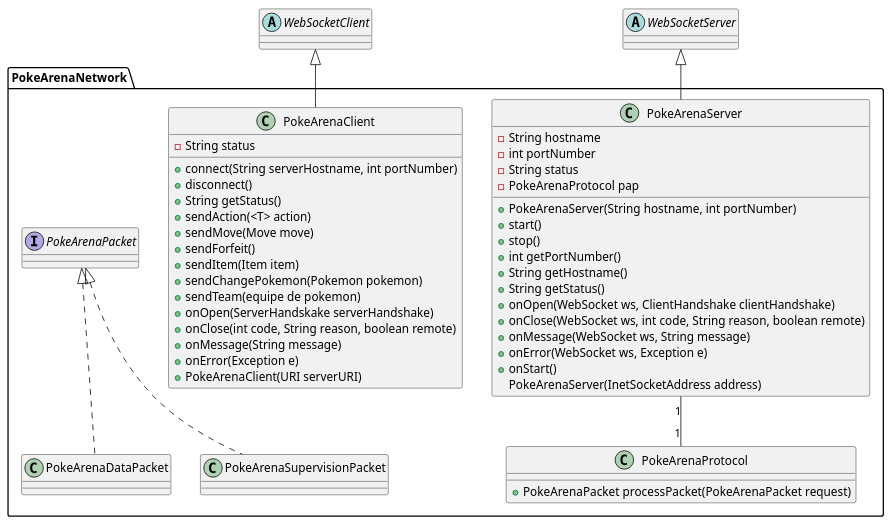
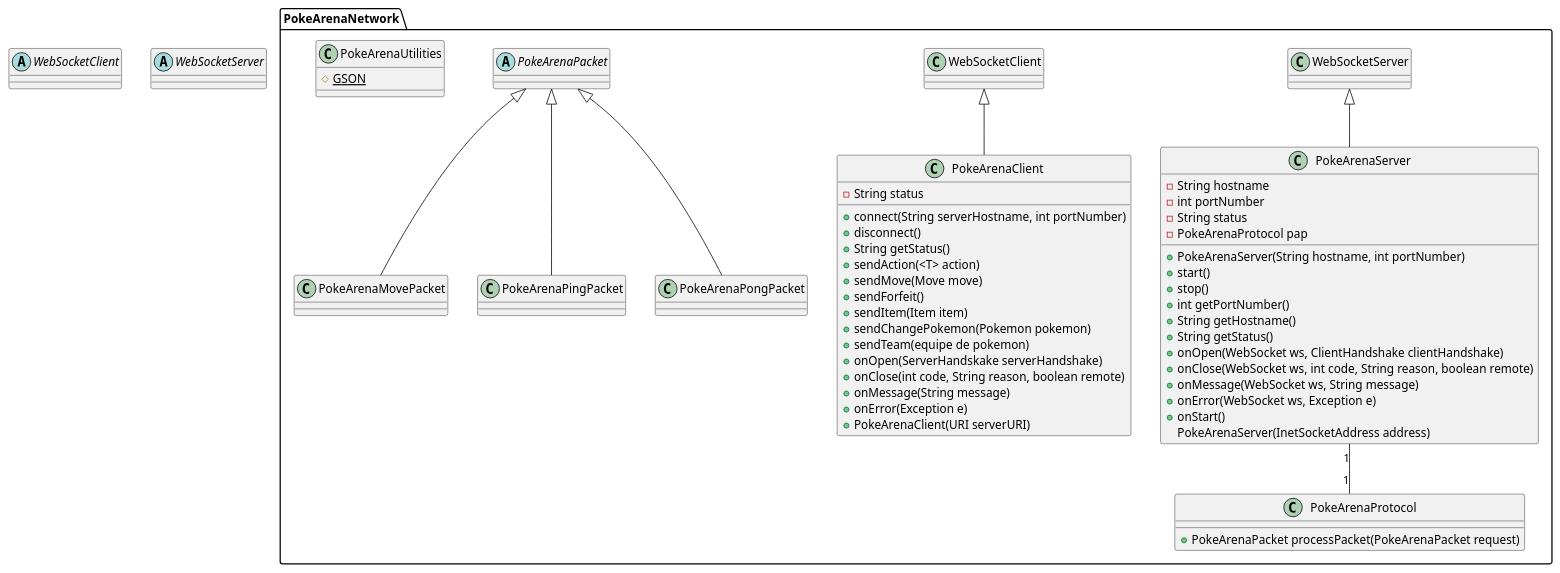
Before and after one commit to greenananas/PokeArena: the diagram in PokeArenaNetwork/PokeArenaNetwork-Class-Diagram.puml, drawn with PlantUML. The commit also changed 8 other files, not shown here.

Commit message:
Architecture et javadoc de PokeArenaNetwork

```diff
--- a/PokeArenaNetwork/PokeArenaNetwork-Class-Diagram.puml
+++ b/PokeArenaNetwork/PokeArenaNetwork-Class-Diagram.puml
@@ -1,68 +1,63 @@
 @startuml
 'https://plantuml.com/sequence-diagram
 
 abstract WebSocketClient {}
 abstract WebSocketServer {}
 
 package PokeArenaNetwork {
 
-WebSocketClient <|-- PokeArenaClient
-WebSocketServer <|-- PokeArenaServer
-
-class PokeArenaServer {
+class PokeArenaServer extends WebSocketServer {
 -String hostname
 -int portNumber
 -String status
 -PokeArenaProtocol pap
 +PokeArenaServer(String hostname, int portNumber)
 +start()
 +stop()
 +int getPortNumber()
 +String getHostname()
 +String getStatus()
 +onOpen(WebSocket ws, ClientHandshake clientHandshake)
 +onClose(WebSocket ws, int code, String reason, boolean remote)
 +onMessage(WebSocket ws, String message)
 +onError(WebSocket ws, Exception e)
 +onStart()
 PokeArenaServer(InetSocketAddress address)
 }
 
 PokeArenaServer "1" -- "1" PokeArenaProtocol
 
-class PokeArenaClient {
+class PokeArenaClient extends WebSocketClient {
 -String status
 +connect(String serverHostname, int portNumber)
 +disconnect()
 +String getStatus()
 +sendAction(<T> action)
 +sendMove(Move move)
 +sendForfeit()
 +sendItem(Item item)
 +sendChangePokemon(Pokemon pokemon)
 +sendTeam(equipe de pokemon)
 +onOpen(ServerHandskake serverHandshake)
 +onClose(int code, String reason, boolean remote)
 +onMessage(String message)
 +onError(Exception e)
 +PokeArenaClient(URI serverURI)
 }
 
 class PokeArenaProtocol{
     +PokeArenaPacket processPacket(PokeArenaPacket request)
 }
 
-interface PokeArenaPacket {
+abstract PokeArenaPacket {
 }
 
-class PokeArenaSupervisionPacket {
+class PokeArenaMovePacket extends PokeArenaPacket
+class PokeArenaPingPacket extends PokeArenaPacket
+class PokeArenaPongPacket extends PokeArenaPacket
+
+class PokeArenaUtilities {
+#{static}GSON
 }
 
-class PokeArenaDataPacket {
-}
-
-class PokeArenaSupervisionPacket implements PokeArenaPacket
-class PokeArenaDataPacket implements PokeArenaPacket
-
-}
 @enduml
```
